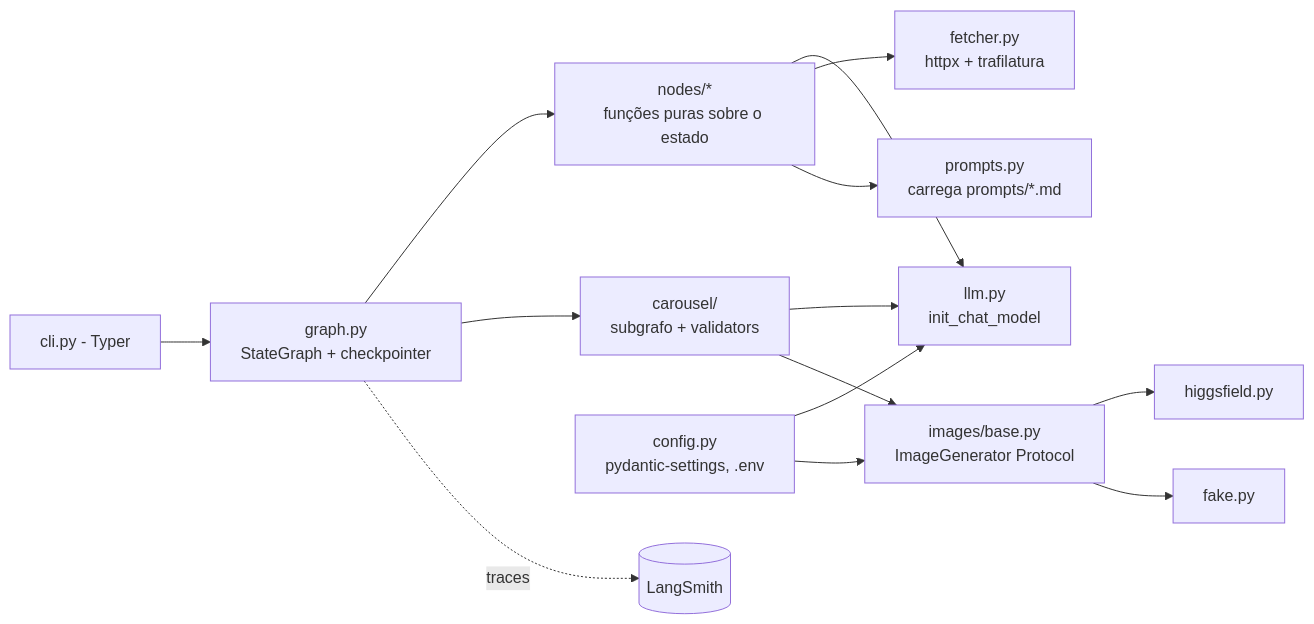
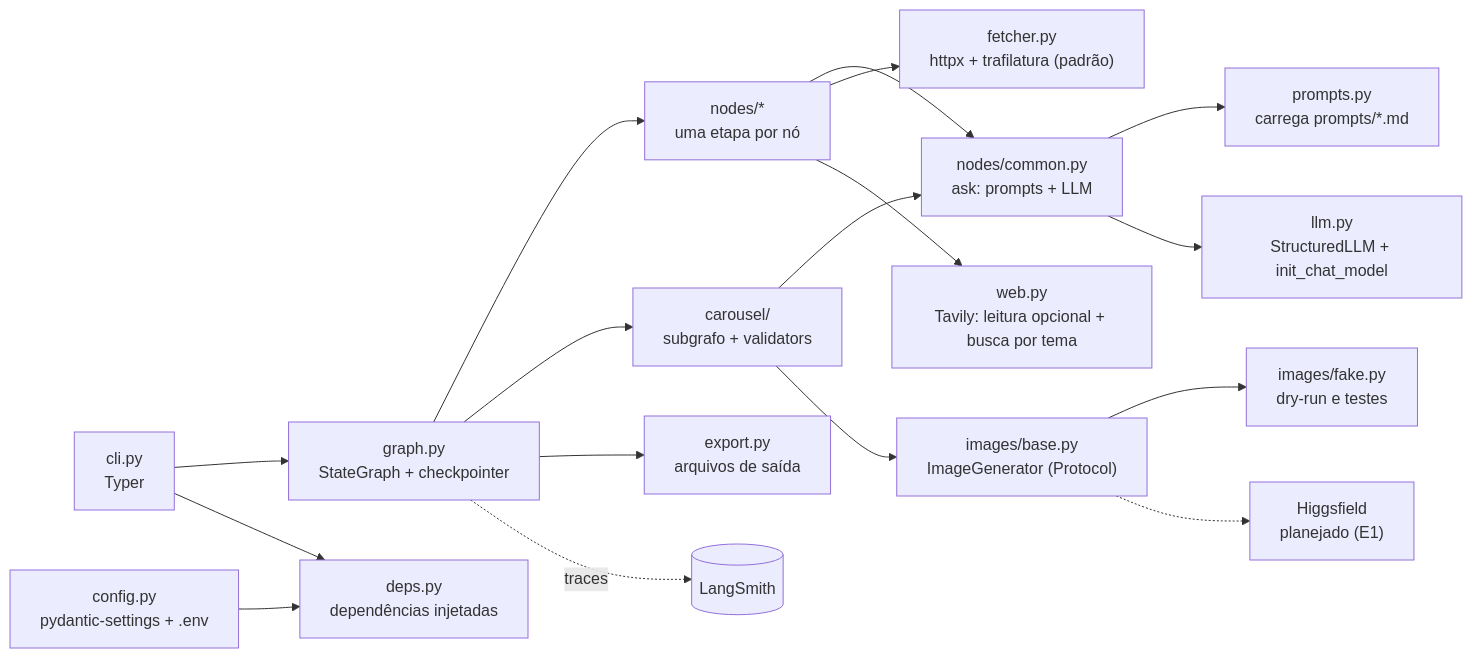
One commit to afcc2000/content-authority-pipeline changed the second of 2 diagrams in docs/projeto.md. Above: the diagram before and after it, drawn with Mermaid. The commit also changed other lines of this file and 4 other files, not shown here.

````diff
--- a/docs/projeto.md
+++ b/docs/projeto.md
@@ -111,16 +110,19 @@
 ```mermaid
 flowchart LR
-    CLI[cli.py - Typer] --> GRAPH[graph.py<br/>StateGraph + checkpointer]
-    GRAPH --> NODES[nodes/*<br/>funções puras sobre o estado]
-    GRAPH --> SUB[carousel/<br/>subgrafo + validators]
-    NODES --> LLM[llm.py<br/>init_chat_model]
-    SUB --> LLM
-    SUB --> PORT[images/base.py<br/>ImageGenerator Protocol]
-    PORT --> A1[higgsfield.py]
-    PORT --> A2[fake.py]
-    NODES --> FETCH[fetcher.py<br/>httpx + trafilatura]
-    NODES --> PRM[prompts.py<br/>carrega prompts/*.md]
-    CFG[config.py<br/>pydantic-settings, .env] --> LLM
-    CFG --> PORT
-    GRAPH -. traces .-> LS[(LangSmith)]
+    CLI["cli.py<br/>Typer"] --> GRAPH["graph.py<br/>StateGraph + checkpointer"]
+    CFG["config.py<br/>pydantic-settings + .env"] --> DEPS["deps.py<br/>dependências injetadas"]
+    CLI --> DEPS
+    GRAPH --> NODES["nodes/*<br/>uma etapa por nó"]
+    GRAPH --> SUB["carousel/<br/>subgrafo + validators"]
+    GRAPH --> EXPO["export.py<br/>arquivos de saída"]
+    NODES --> ASK["nodes/common.py<br/>ask: prompts + LLM"]
+    SUB --> ASK
+    ASK --> PRM["prompts.py<br/>carrega prompts/*.md"]
+    ASK --> LLM["llm.py<br/>StructuredLLM + init_chat_model"]
+    NODES --> FETCH["fetcher.py<br/>httpx + trafilatura (padrão)"]
+    NODES --> WEB["web.py<br/>Tavily: leitura opcional + busca por tema"]
+    SUB --> PORT["images/base.py<br/>ImageGenerator (Protocol)"]
+    PORT --> FAKE["images/fake.py<br/>dry-run e testes"]
+    PORT -.-> HF["Higgsfield<br/>planejado (E1)"]
+    GRAPH -. traces .-> LS[("LangSmith")]
 ```
````
